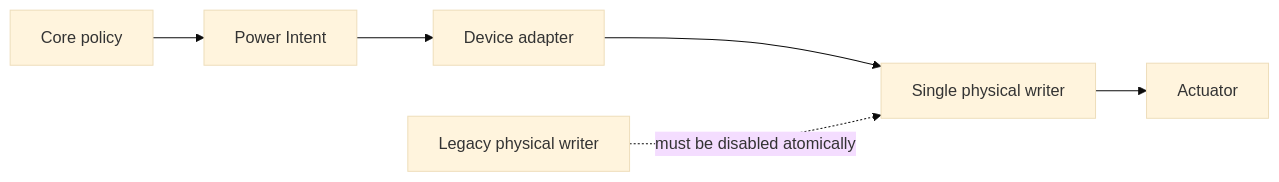
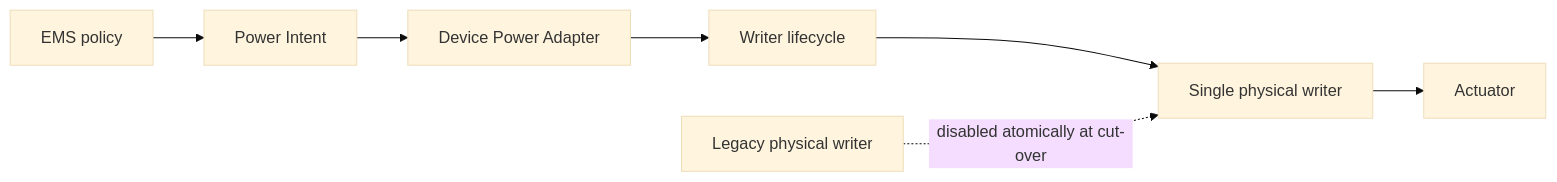
The eighth of 8 diagrams in docs/software-architecture/flows/planner-power-intent-flow.md (OnsKasteeltje/homey-energy-manual), drawn with Mermaid (base theme) before and after one commit. The commit also changed other lines of this file, not shown here.

Commit message:
docs: add end to end EV and WW adapter flow

````diff
--- a/docs/software-architecture/flows/planner-power-intent-flow.md
+++ b/docs/software-architecture/flows/planner-power-intent-flow.md
@@ -236,9 +318,9 @@
 ```mermaid
 flowchart LR
-    A[Core policy] --> B[Power Intent]
-    B --> C[Device adapter]
-    C --> D[Single physical writer]
-    D --> E[Actuator]
-
-    X[Legacy physical writer] -. must be disabled atomically .-> D
+    A[EMS policy] --> B[Power Intent]
+    B --> C[Device Power Adapter]
+    C --> D[Writer lifecycle]
+    D --> E[Single physical writer]
+    E --> F[Actuator]
+    X[Legacy physical writer] -. disabled atomically at cut-over .-> E
 ```
````
